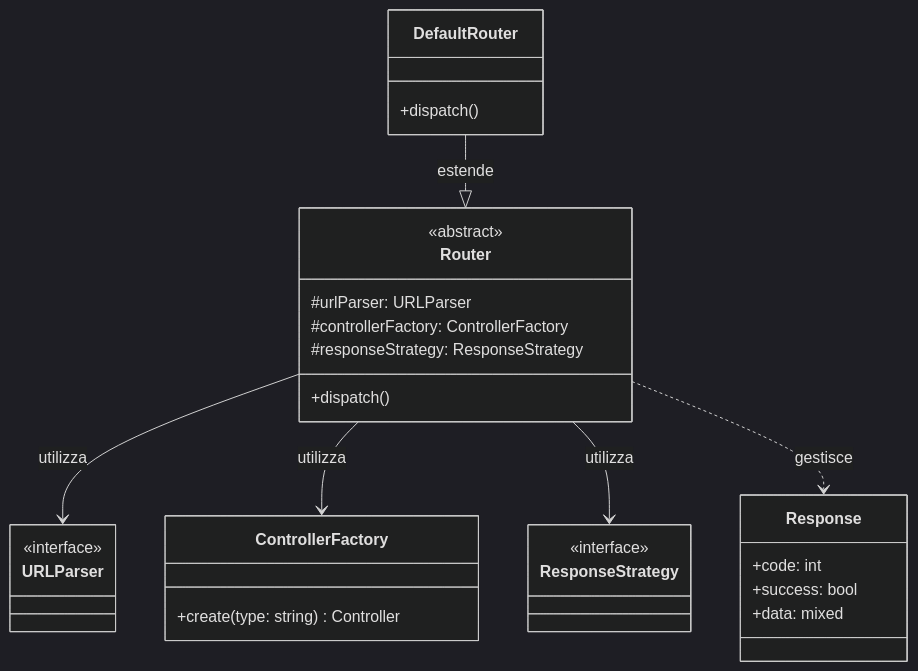
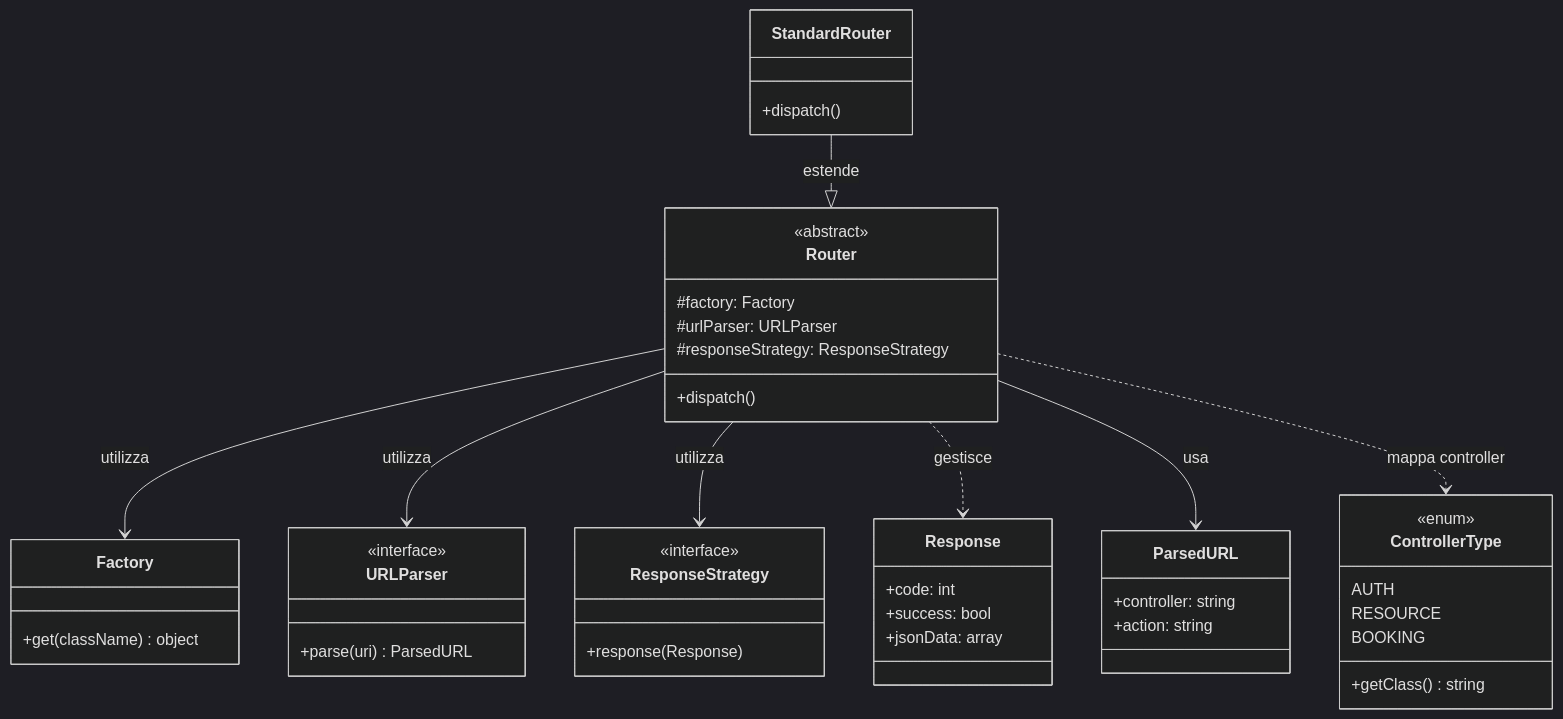
One commit to mb4dev/progetto-prova changed the third of 3 diagrams in consegna docu/architettura_base/Router.md. Above: the diagram before and after it, drawn with Mermaid (dark theme). The commit also changed other lines of this file and 6 other files, not shown here.

````diff
--- a/consegna docu/architettura_base/Router.md
+++ b/consegna docu/architettura_base/Router.md
@@ -58,38 +58,55 @@
 ```mermaid
 classDiagram
 class Router {
     <<abstract>>
+    #factory: Factory
     #urlParser: URLParser
-    #controllerFactory: ControllerFactory
     #responseStrategy: ResponseStrategy
     +dispatch()
 }
 
+class Factory {
+    +get(className) object
+}
+
 class URLParser {
     <<interface>>
-}
-
-class ControllerFactory {
-    +create(type: string) Controller
+    +parse(uri) ParsedURL
 }
 
 class ResponseStrategy {
     <<interface>>
+    +response(Response)
 }
 
 class Response {
     +code: int
     +success: bool
-    +data: mixed
+    +jsonData: array
 }
 
-class DefaultRouter {
+class ParsedURL {
+    +controller: string
+    +action: string
+}
+
+class StandardRouter {
     +dispatch()
 }
 
+class ControllerType {
+    <<enum>>
+    AUTH
+    RESOURCE
+    BOOKING
+    +getClass() string
+}
+
+Router --> Factory : utilizza
 Router --> URLParser : utilizza
-Router --> ControllerFactory : utilizza
 Router --> ResponseStrategy : utilizza
 Router ..> Response : gestisce
-DefaultRouter --|> Router : estende
+Router --> ParsedURL : usa
+StandardRouter --|> Router : estende
+Router ..> ControllerType : mappa controller
 ```
````
